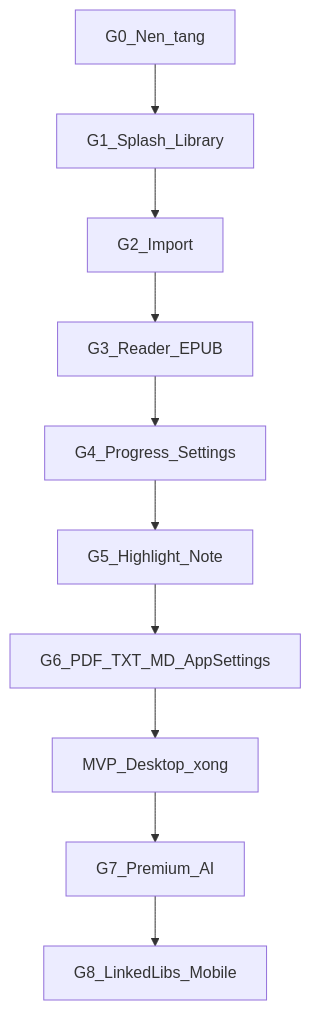
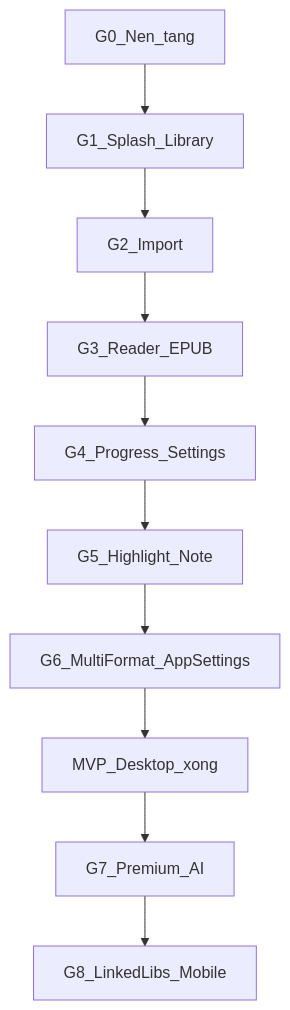
The diagram in docs/ke-hoach-trien-khai/00_Tong_quan_va_thu_tu.md (LeThaiAn15112004/reading-book-app), drawn with Mermaid before and after one commit. The commit also changed other lines of this file and 103 other files, not shown here.

````diff
--- a/docs/ke-hoach-trien-khai/00_Tong_quan_va_thu_tu.md
+++ b/docs/ke-hoach-trien-khai/00_Tong_quan_va_thu_tu.md
@@ -26,12 +26,12 @@
 ```mermaid
 flowchart TD
   g0[G0_Nen_tang] --> g1[G1_Splash_Library]
   g1 --> g2[G2_Import]
   g2 --> g3[G3_Reader_EPUB]
   g3 --> g4[G4_Progress_Settings]
   g4 --> g5[G5_Highlight_Note]
-  g5 --> g6[G6_PDF_TXT_MD_AppSettings]
+  g5 --> g6[G6_MultiFormat_AppSettings]
   g6 --> mvpDone[MVP_Desktop_xong]
   mvpDone --> g7[G7_Premium_AI]
   g7 --> g8[G8_LinkedLibs_Mobile]
 ```
````
